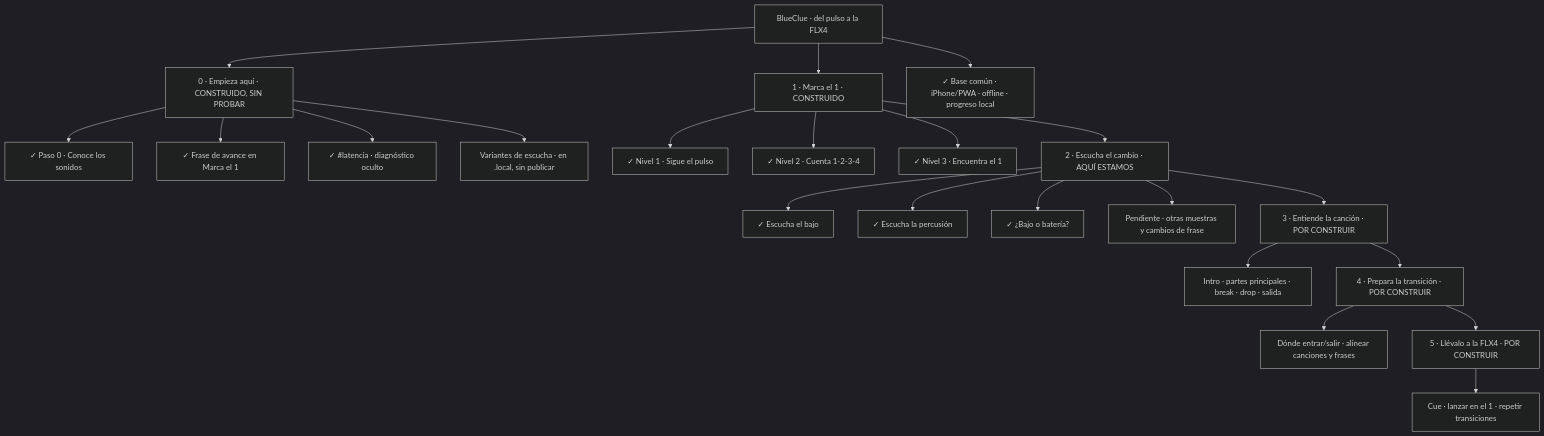
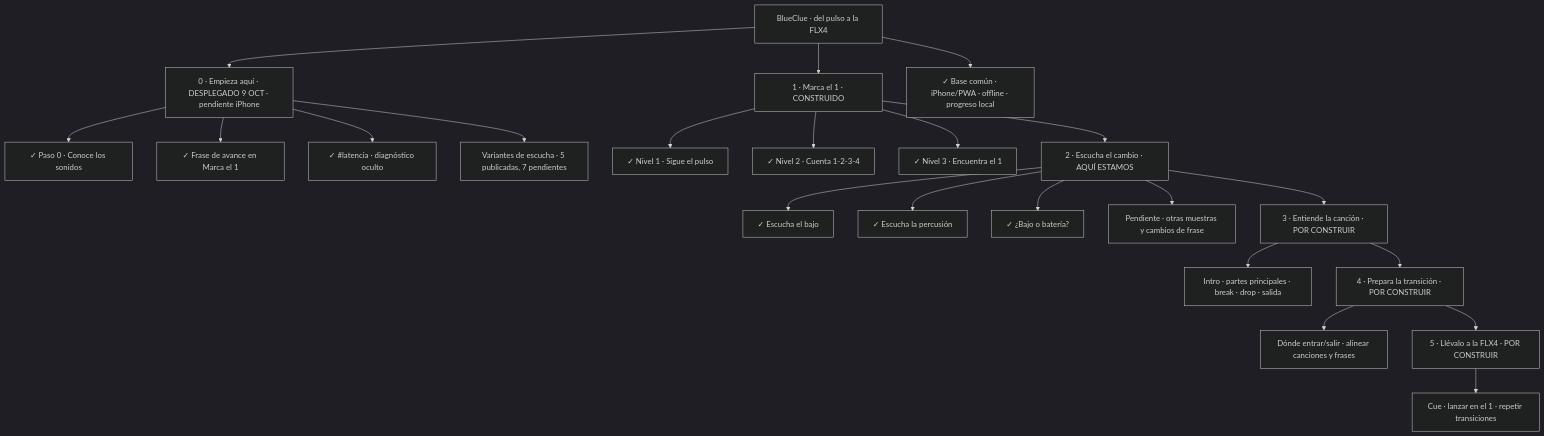
The diagram in docs/MAPA.md (gutierrezbj/blueclue), drawn with Mermaid (dark theme) before and after one commit. The commit also changed other lines of this file and 2 other files, not shown here.

Commit message:
docs: record Empieza aquí deployment as 92d1ee5

````diff
--- a/docs/MAPA.md
+++ b/docs/MAPA.md
@@ -8,24 +8,24 @@
 ```mermaid
 flowchart TD
-    ROOT["BlueClue · del pulso a la FLX4"] --> START["0 · Empieza aquí · CONSTRUIDO, SIN PROBAR"]
+    ROOT["BlueClue · del pulso a la FLX4"] --> START["0 · Empieza aquí · DESPLEGADO 9 OCT · pendiente iPhone"]
     START --> SOUNDS["✓ Paso 0 · Conoce los sonidos"]
     START --> READY["✓ Frase de avance en Marca el 1"]
     START --> LAT["✓ #latencia · diagnóstico oculto"]
-    START --> VARS["Variantes de escucha · en .local, sin publicar"]
+    START --> VARS["Variantes de escucha · 5 publicadas, 7 pendientes"]
     ROOT --> RHYTHM["1 · Marca el 1 · CONSTRUIDO"]
     RHYTHM --> PULSE["✓ Nivel 1 · Sigue el pulso"]
     RHYTHM --> COUNT["✓ Nivel 2 · Cuenta 1-2-3-4"]
     RHYTHM --> ONE["✓ Nivel 3 · Encuentra el 1"]
     RHYTHM --> EAR["2 · Escucha el cambio · AQUÍ ESTAMOS"]
     EAR --> BASS["✓ Escucha el bajo"]
     EAR --> DRUMS["✓ Escucha la percusión"]
     EAR --> CHOICE["✓ ¿Bajo o batería?"]
     EAR --> VARIANTS["Pendiente · otras muestras y cambios de frase"]
     EAR --> STRUCTURE["3 · Entiende la canción · POR CONSTRUIR"]
     STRUCTURE --> PARTS["Intro · partes principales · break · drop · salida"]
     STRUCTURE --> MIX["4 · Prepara la transición · POR CONSTRUIR"]
     MIX --> ALIGN["Dónde entrar/salir · alinear canciones y frases"]
     MIX --> FLX4["5 · Llévalo a la FLX4 · POR CONSTRUIR"]
     FLX4 --> REAL["Cue · lanzar en el 1 · repetir transiciones"]
     ROOT --> POCKET["✓ Base común · iPhone/PWA · offline · progreso local"]
 ```
````
